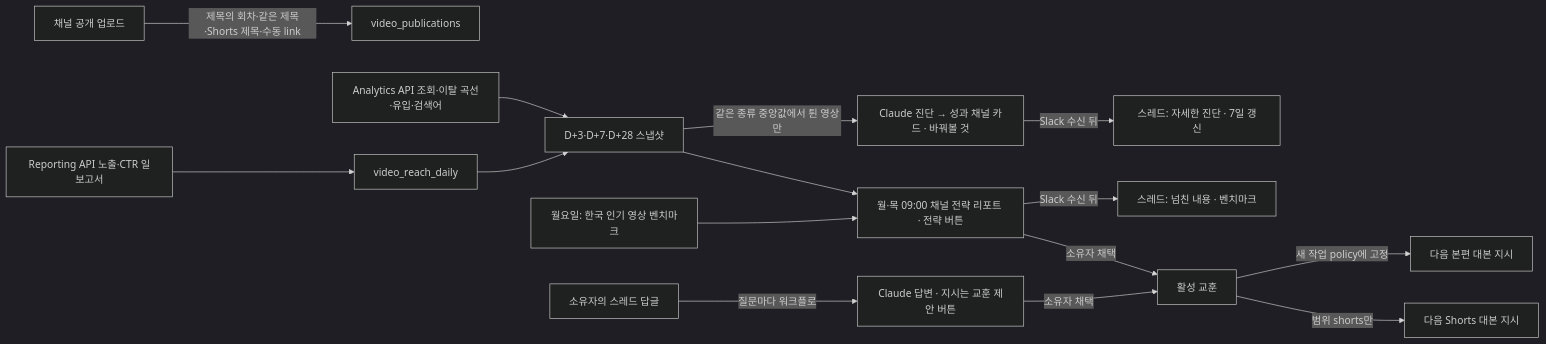
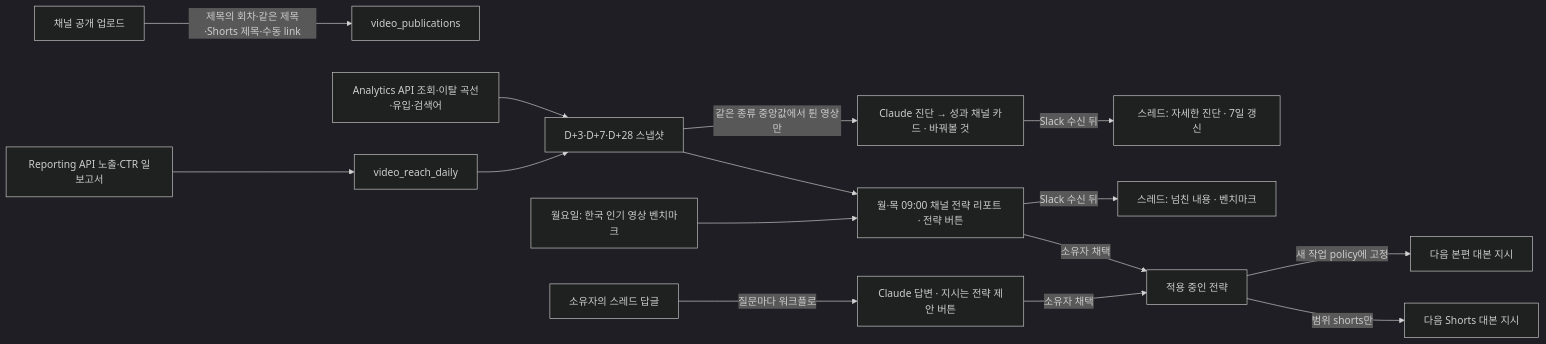
One commit to JJongAchii/quant-ai-company changed the second of 2 diagrams in docs/daily-video.md. Above: the diagram before and after it, drawn with Mermaid (dark theme). The commit also changed other lines of this file and 5 other files, not shown here.

````diff
--- a/docs/daily-video.md
+++ b/docs/daily-video.md
@@ -477,17 +477,17 @@
 ```mermaid
 flowchart LR
     U[채널 공개 업로드] -->|제목의 회차·같은 제목·Shorts 제목·수동 link| P[video_publications]
     R[Reporting API 노출·CTR 일보고서] --> D[video_reach_daily]
     A[Analytics API 조회·이탈 곡선·유입·검색어] --> S[D+3·D+7·D+28 스냅샷]
     D --> S
     S -->|같은 종류 중앙값에서 튄 영상만| C[Claude 진단 → 성과 채널 카드 · 바꿔볼 것]
     C -->|Slack 수신 뒤| T[스레드: 자세한 진단 · 7일 갱신]
     S --> W[월·목 09:00 채널 전략 리포트 · 전략 버튼]
     B[월요일: 한국 인기 영상 벤치마크] --> W
     W -->|Slack 수신 뒤| WT[스레드: 넘친 내용 · 벤치마크]
-    Q[소유자의 스레드 답글] -->|질문마다 워크플로| AN[Claude 답변 · 지시는 교훈 제안 버튼]
-    W -->|소유자 채택| L[활성 교훈]
+    Q[소유자의 스레드 답글] -->|질문마다 워크플로| AN[Claude 답변 · 지시는 전략 제안 버튼]
+    W -->|소유자 채택| L[적용 중인 전략]
     AN -->|소유자 채택| L
     L -->|새 작업 policy에 고정| V[다음 본편 대본 지시]
     L -->|범위 shorts만| SV[다음 Shorts 대본 지시]
 ```
````
